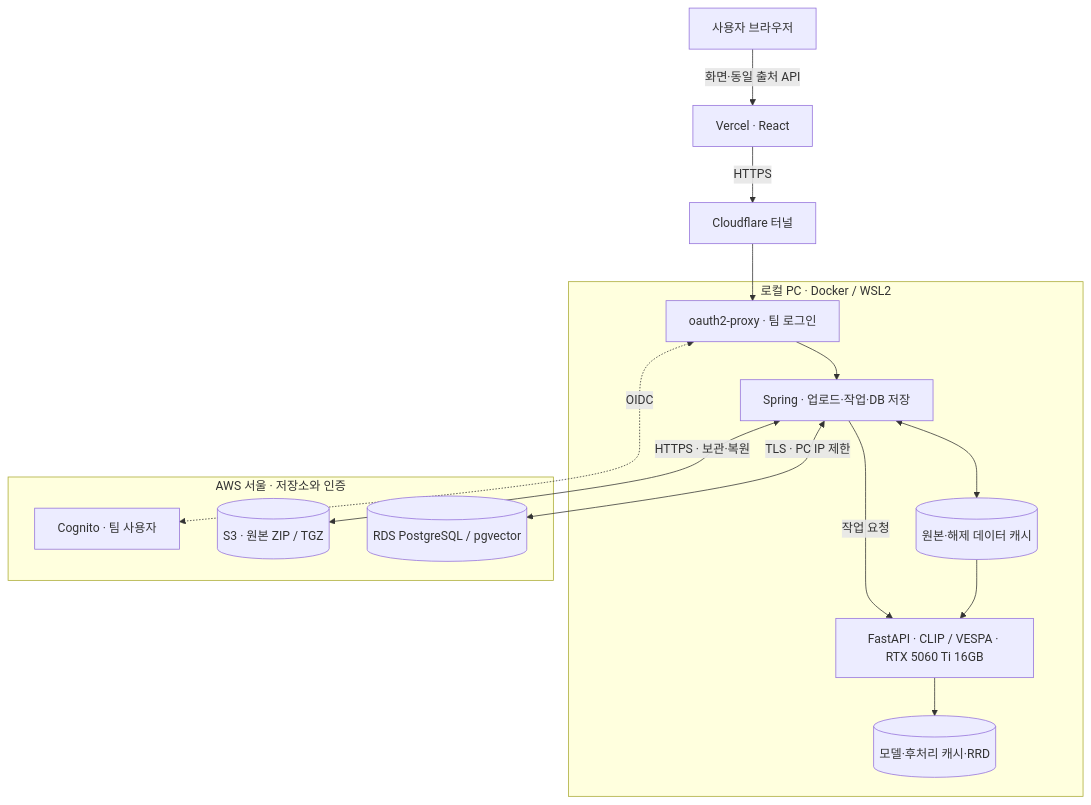
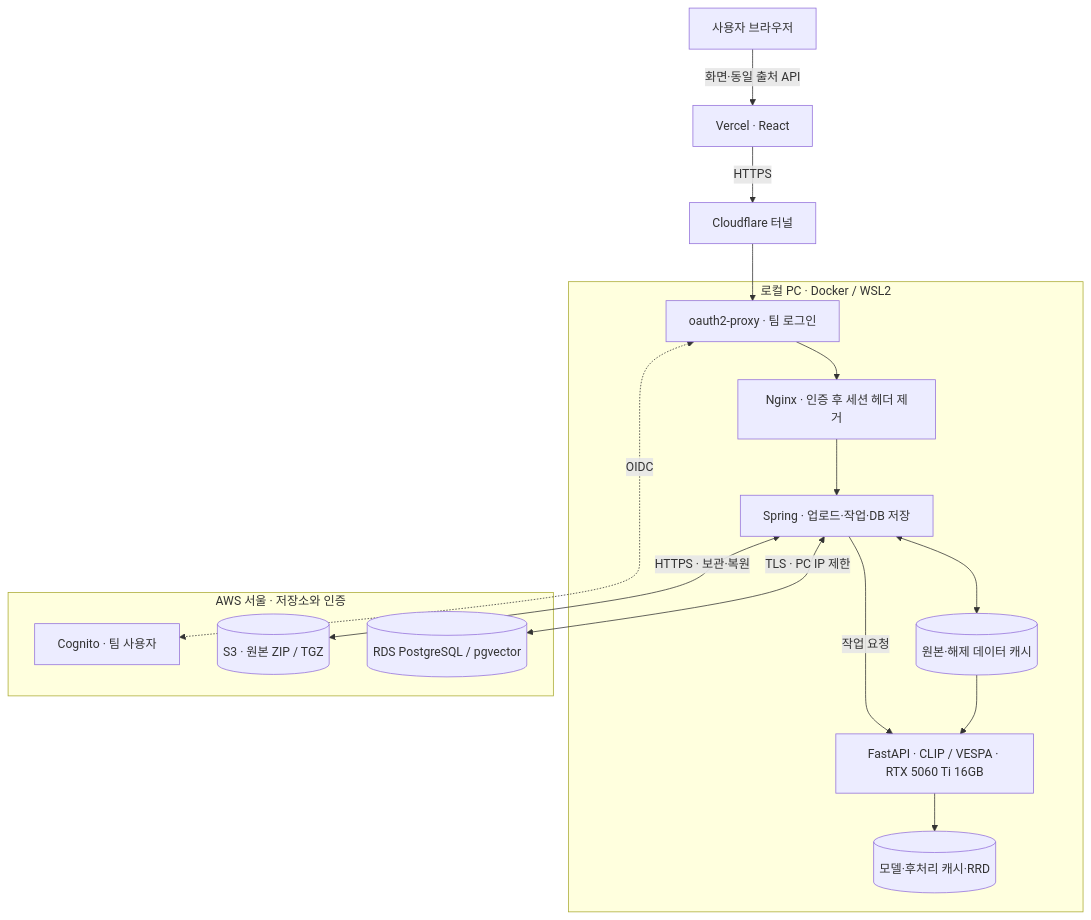
The diagram in README.md (DriveScene2Label-Team/DriveScene2Label), drawn with Mermaid before and after one commit. The commit also changed other lines of this file and 14 other files, not shown here.

````diff
--- a/README.md
+++ b/README.md
@@ -42,21 +47,22 @@
 ```mermaid
 flowchart TB
   U[사용자 브라우저] -->|화면·동일 출처 API| V[Vercel · React]
   V -->|HTTPS| T[Cloudflare 터널]
   subgraph PC[로컬 PC · Docker / WSL2]
-    A[oauth2-proxy · 팀 로그인] --> B[Spring · 업로드·작업·DB 저장]
+    A[oauth2-proxy · 팀 로그인] --> N[Nginx · 인증 후 세션 헤더 제거]
+    N --> B[Spring · 업로드·작업·DB 저장]
     B -->|작업 요청| G[FastAPI · CLIP / VESPA · RTX 5060 Ti 16GB]
     B <--> F[(원본·해제 데이터 캐시)]
     F --> G
     G --> R[(모델·후처리 캐시·RRD)]
   end
   T --> A
   subgraph AWS[AWS 서울 · 저장소와 인증]
     C[Cognito · 팀 사용자]
     S[(S3 · 원본 ZIP / TGZ)]
     D[(RDS PostgreSQL / pgvector)]
   end
   A <-. OIDC .-> C
   B <-->|HTTPS · 보관·복원| S
   B <-->|TLS · PC IP 제한| D
 ```
````
